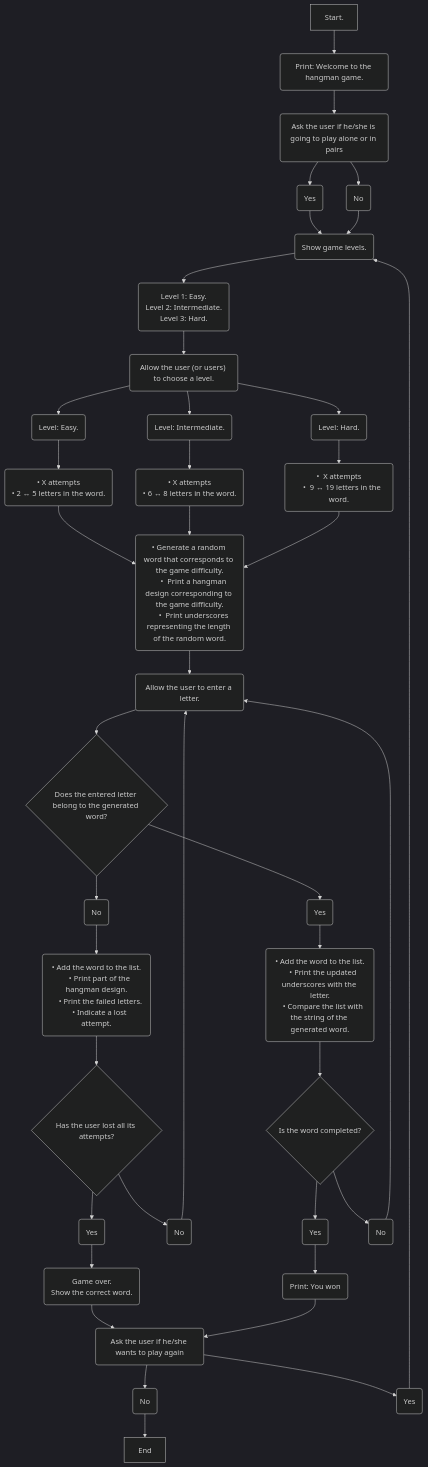
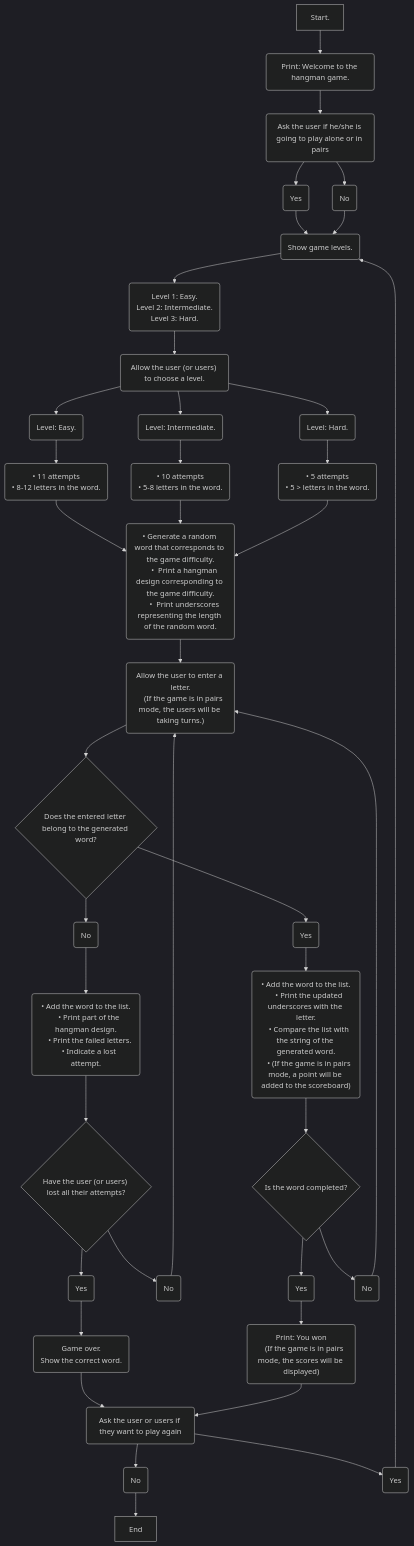
Before and after one commit to JanaRubiano/Hangman_Game: the diagram in README.md, drawn with Mermaid (dark theme).

````diff
--- a/README.md
+++ b/README.md
@@ -34,47 +34,54 @@
 ```mermaid
 flowchart TD
     A[Start.] -->B(Print: Welcome to the hangman game.) 
     -->y(Ask the user if he/she is going to play alone or in pairs)
     y -->e(Yes) --> C
     y --> r(No)
     -->C(Show game levels.)
     --> D("Level 1: Easy.
     Level 2: Intermediate.
     Level 3: Hard.")
-    --> E("Allow the user (or users) to choose a level.")
-    E --> F(Level: Easy.) --> I(" • X attempts
-    • 2 ↔ 5 letters in the word.
+    --> E("Allow the user (or users) to choose a level.
+    ")
+    E --> F(Level: Easy.) --> I(" • 11 attempts
+    • 8-12 letters in the word.
     ") -->L
-    E --> G(Level: Intermediate.) --> J(" •  X attempts
-    • 6 ↔ 8 letters in the word.
+    E --> G(Level: Intermediate.) --> J(" •  10 attempts
+    • 5-8 letters in the word.
     ") -->L
-    E --> H(Level: Hard.) --> K(" •  X attempts
-    •  9 ↔ 19 letters in the word.
+    E --> H(Level: Hard.) --> K(" •  5 attempts
+    •  5 > letters in the word.
     ") 
     --> L(" • Generate a random word that corresponds to the game difficulty.
      •  Print a hangman design corresponding to the game difficulty.
      •  Print underscores representing the length of the random word.
     ") 
-    --> W(Allow the user to enter a letter.)
+    --> W("Allow the user to enter a letter.
+    (If the game is in pairs mode, the users will be taking turns.)
+    ")
     --> R{Does the entered letter belong to the generated word?}
     R -->n(No) --> q("• Add the word to the list.
     • Print part of the hangman design.
     • Print the failed letters.
     • Indicate a lost attempt.
-    ") -->u{Has the user lost all its attempts?}
+    ") -->u{"Have the user (or users) lost all their attempts?
+    "}
     u -->o(Yes) -->S("Game over. 
     Show the correct word. 
     ") --> P
     u--> t(No) --> W
     
     R -->Y(Yes) --> T(" • Add the word to the list.
     • Print the updated underscores with the letter.
     • Compare the list with the string of the generated word.
+    • (If the game is in pairs mode, a point will be added to the scoreboard)
     ") -->U{Is the word completed?} 
-    U -->O(Yes) --> k(Print: You won)
-    --> P(Ask the user if he/she wants to play again)
+    U -->O(Yes) --> k("Print: You won
+    (If the game is in pairs mode, the scores will be displayed)
+    ")
+    --> P(Ask the user or users if they want to play again)
     P --> b(No) --> w[End]
     P--> a(Yes) -->C
     U --> i(No) -->W
    
 ```
````
